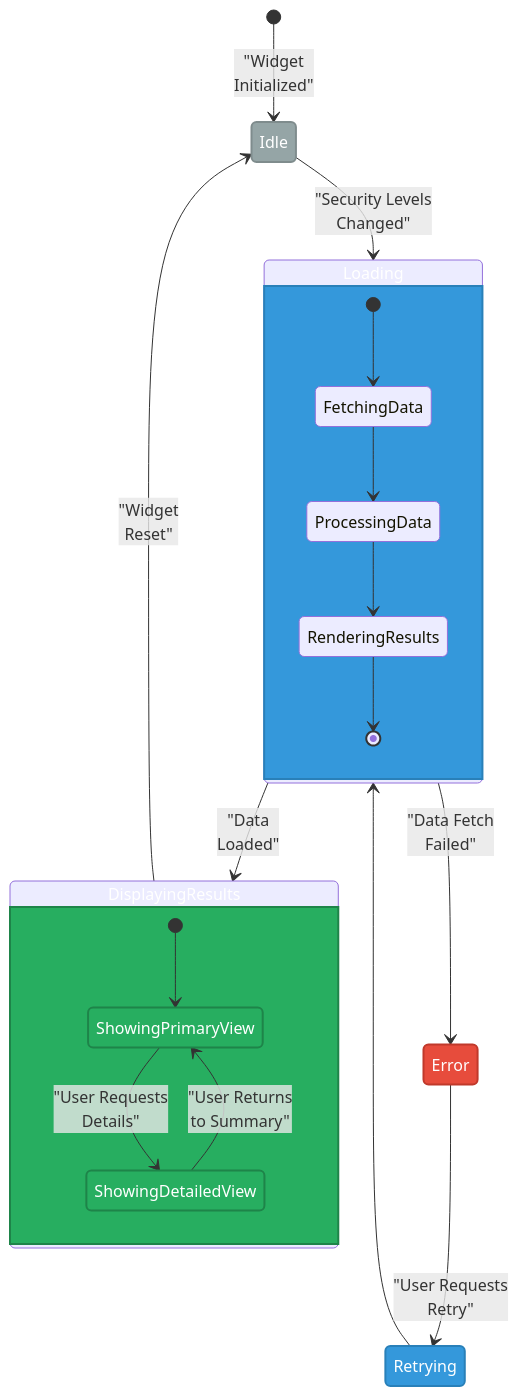
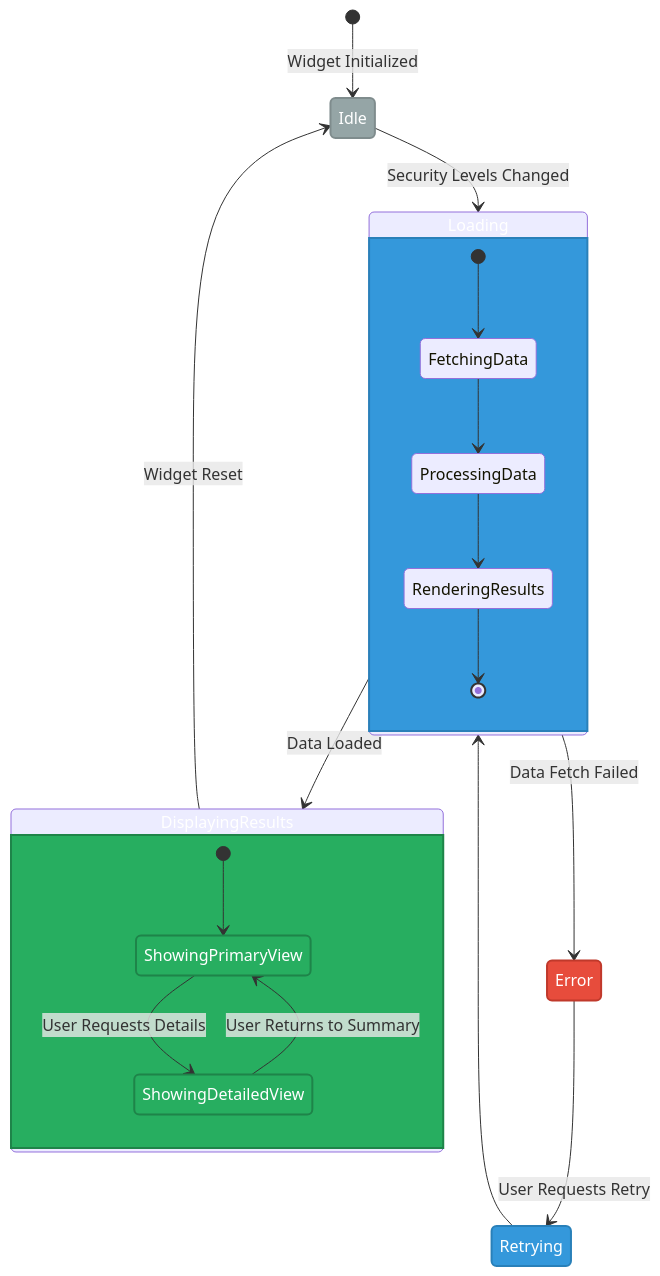
One commit to Hack23/cia-compliance-manager changed the third of 7 diagrams in docs/architecture/STATEDIAGRAM.md. Above: the diagram before and after it, drawn with Mermaid. The commit also changed other lines of this file, not shown here.

Commit message:
fix(docs): enhance clarity in STATEDIAGRAM.md by removing unnecessary line breaks and improving state descriptions

````diff
--- a/docs/architecture/STATEDIAGRAM.md
+++ b/docs/architecture/STATEDIAGRAM.md
@@ -130,37 +130,37 @@
 ```mermaid
 stateDiagram-v2
-    [*] --> Idle: "Widget<br>Initialized"
+    [*] --> Idle: Widget Initialized
     
-    Idle --> Loading: "Security Levels<br>Changed"
+    Idle --> Loading: Security Levels Changed
     
     state Loading {
         [*] --> FetchingData
         FetchingData --> ProcessingData
         ProcessingData --> RenderingResults
         RenderingResults --> [*]
     }
     
-    Loading --> DisplayingResults: "Data<br>Loaded"
-    Loading --> Error: "Data Fetch<br>Failed"
+    Loading --> DisplayingResults: Data Loaded
+    Loading --> Error: Data Fetch Failed
     
     state DisplayingResults {
         [*] --> ShowingPrimaryView
-        ShowingPrimaryView --> ShowingDetailedView: "User Requests<br>Details"
-        ShowingDetailedView --> ShowingPrimaryView: "User Returns<br>to Summary"
+        ShowingPrimaryView --> ShowingDetailedView: User Requests Details
+        ShowingDetailedView --> ShowingPrimaryView: User Returns to Summary
     }
     
-    Error --> Retrying: "User Requests<br>Retry"
+    Error --> Retrying: User Requests Retry
     Retrying --> Loading
     
-    DisplayingResults --> Idle: "Widget<br>Reset"
+    DisplayingResults --> Idle: Widget Reset
     
     classDef idle fill:#95a5a6,stroke:#7f8c8d,stroke-width:2px,color:white
     classDef loading fill:#3498db,stroke:#2980b9,stroke-width:2px,color:white
     classDef display fill:#27ae60,stroke:#1e8449,stroke-width:2px,color:white
     classDef error fill:#e74c3c,stroke:#c0392b,stroke-width:2px,color:white
     
     class Idle idle
     class Loading,Retrying loading
     class DisplayingResults,ShowingPrimaryView,ShowingDetailedView display
     class Error error
 ```
````
